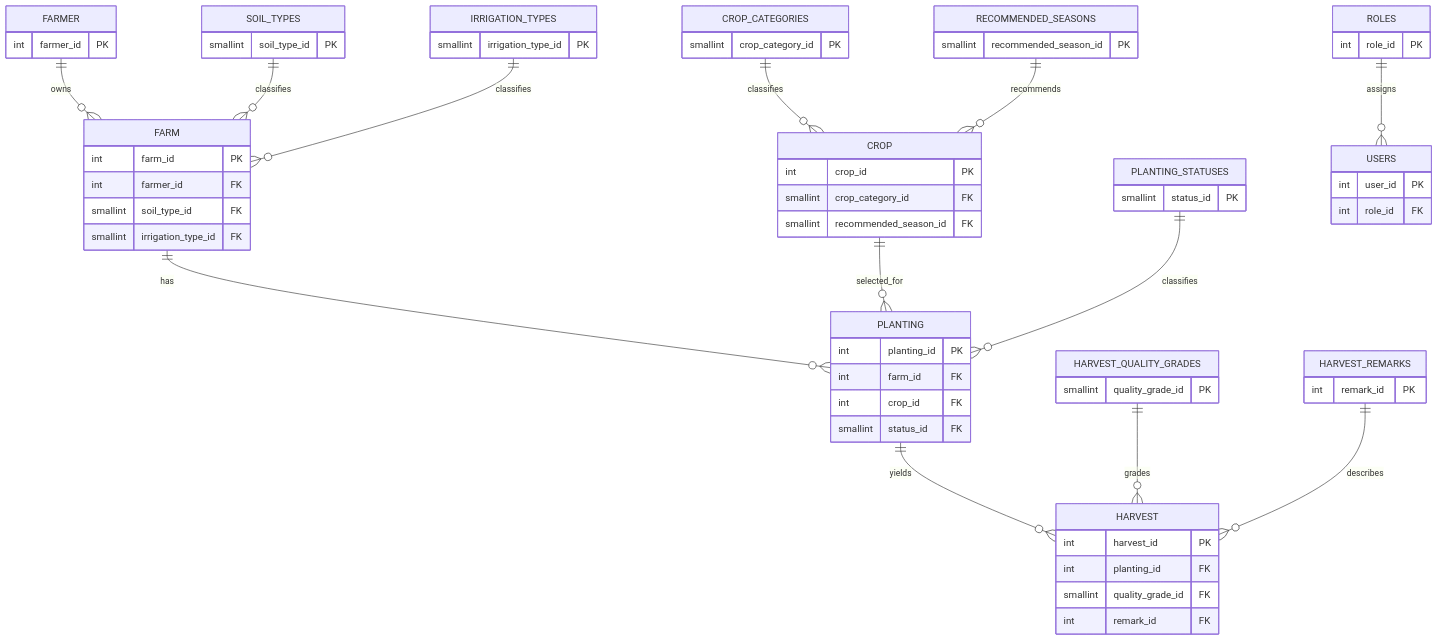
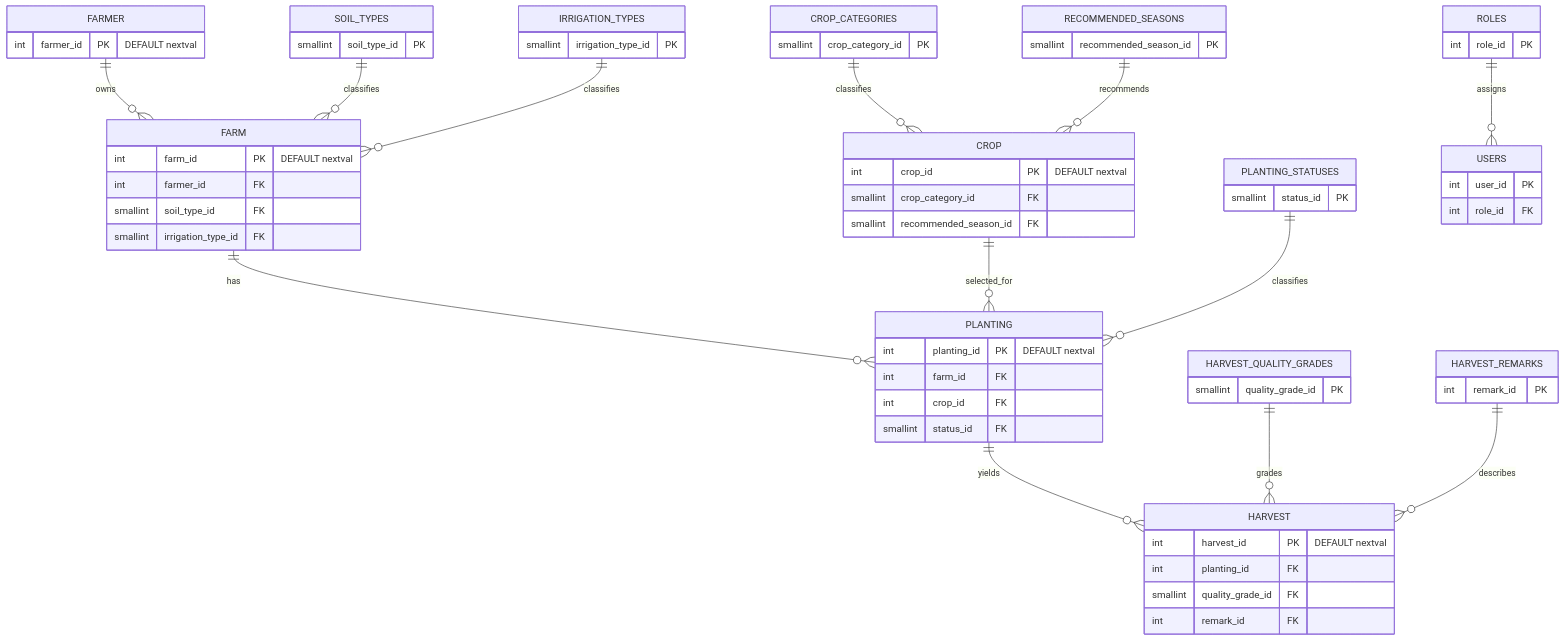
The diagram in FINAL_SYSTEM_DOCUMENTATION.md (coronelstephen4/FMidterm_Project), drawn with Mermaid before and after one commit. The commit also changed other lines of this file and 56 other files, not shown here.

````diff
--- a/FINAL_SYSTEM_DOCUMENTATION.md
+++ b/FINAL_SYSTEM_DOCUMENTATION.md
@@ -109,69 +113,69 @@
 ```mermaid
 erDiagram
     FARMER ||--o{ FARM : owns
     FARM ||--o{ PLANTING : has
     CROP ||--o{ PLANTING : selected_for
     PLANTING ||--o{ HARVEST : yields
     SOIL_TYPES ||--o{ FARM : classifies
     IRRIGATION_TYPES ||--o{ FARM : classifies
     CROP_CATEGORIES ||--o{ CROP : classifies
     RECOMMENDED_SEASONS ||--o{ CROP : recommends
     PLANTING_STATUSES ||--o{ PLANTING : classifies
     HARVEST_QUALITY_GRADES ||--o{ HARVEST : grades
     HARVEST_REMARKS ||--o{ HARVEST : describes
     ROLES ||--o{ USERS : assigns
     FARMER {
-        int farmer_id PK
+        int farmer_id PK "DEFAULT nextval"
     }
     FARM {
-        int farm_id PK
+        int farm_id PK "DEFAULT nextval"
         int farmer_id FK
         smallint soil_type_id FK
         smallint irrigation_type_id FK
     }
     CROP {
-        int crop_id PK
+        int crop_id PK "DEFAULT nextval"
         smallint crop_category_id FK
         smallint recommended_season_id FK
     }
     PLANTING {
-        int planting_id PK
+        int planting_id PK "DEFAULT nextval"
         int farm_id FK
         int crop_id FK
         smallint status_id FK
     }
     HARVEST {
-        int harvest_id PK
+        int harvest_id PK "DEFAULT nextval"
         int planting_id FK
         smallint quality_grade_id FK
         int remark_id FK
     }
     SOIL_TYPES {
         smallint soil_type_id PK
     }
     IRRIGATION_TYPES {
         smallint irrigation_type_id PK
     }
     CROP_CATEGORIES {
         smallint crop_category_id PK
     }
     RECOMMENDED_SEASONS {
         smallint recommended_season_id PK
     }
     PLANTING_STATUSES {
         smallint status_id PK
     }
     HARVEST_QUALITY_GRADES {
         smallint quality_grade_id PK
     }
     HARVEST_REMARKS {
         int remark_id PK
     }
     USERS {
         int user_id PK
         int role_id FK
     }
     ROLES {
         int role_id PK
     }
 ```
````
